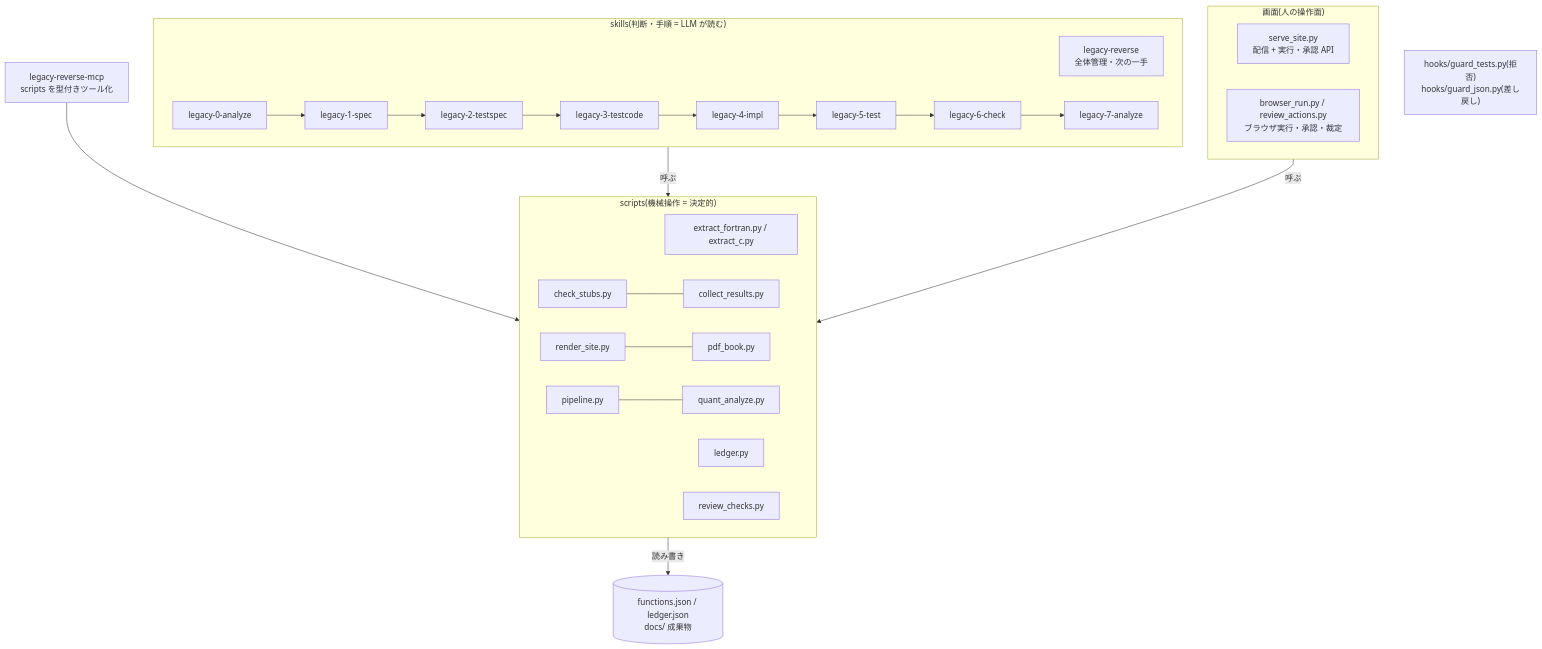
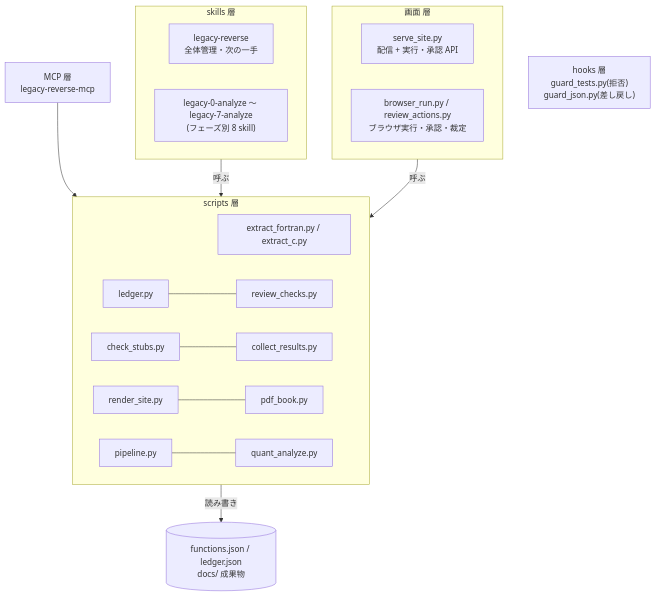
One commit to ctenopoma/skills changed the first of 2 diagrams in docs/legacy-reverse/architecture.qmd. Above: the diagram before and after it, drawn with Mermaid. The commit also changed other lines of this file and 24 other files, not shown here.

First line of the commit message:
docs: 設計・仕様書を合本1冊に。図表・コードに自動採番＋タイトルを付与

````diff
--- a/docs/legacy-reverse/architecture.qmd
+++ b/docs/legacy-reverse/architecture.qmd
@@ -11,26 +11,26 @@
 ```{mermaid}
+%%| label: fig-arch-layers
+%%| fig-cap: "skills / scripts / MCP / hooks / 画面の責務分担"
+
 flowchart TB
-  subgraph skills["skills(判断・手順 = LLM が読む)"]
+  subgraph skills["skills 層"]
     P["legacy-reverse<br>全体管理・次の一手"]
-    S0["legacy-0-analyze"] --> S1["legacy-1-spec"] --> S2["legacy-2-testspec"]
-    S2 --> S3["legacy-3-testcode"] --> S4["legacy-4-impl"] --> S5["legacy-5-test"]
-    S5 --> S6["legacy-6-check"] --> S7["legacy-7-analyze"]
+    S["legacy-0-analyze 〜 legacy-7-analyze<br>(フェーズ別 8 skill)"]
   end
-  subgraph scripts["scripts(機械操作 = 決定的)"]
+  subgraph ui["画面 層"]
+    SS["serve_site.py<br>配信 + 実行・承認 API"]
+    BR["browser_run.py / review_actions.py<br>ブラウザ実行・承認・裁定"]
+  end
+  subgraph scripts["scripts 層"]
     EX["extract_fortran.py / extract_c.py"]
-    LG["ledger.py"]
-    RV["review_checks.py"]
+    LG["ledger.py"] --- RV["review_checks.py"]
     CS["check_stubs.py"] --- CR["collect_results.py"]
     RS["render_site.py"] --- PB["pdf_book.py"]
     PL["pipeline.py"] --- QA["quant_analyze.py"]
   end
-  subgraph ui["画面(人の操作面)"]
-    SS["serve_site.py<br>配信 + 実行・承認 API"]
-    BR["browser_run.py / review_actions.py<br>ブラウザ実行・承認・裁定"]
-  end
-  MCP["legacy-reverse-mcp<br>scripts を型付きツール化"] --> scripts
-  HK["hooks/guard_tests.py(拒否)<br>hooks/guard_json.py(差し戻し)"]
+  MCP["MCP 層<br>legacy-reverse-mcp"] --> scripts
+  HK["hooks 層<br>guard_tests.py(拒否)<br>guard_json.py(差し戻し)"]
   skills -->|呼ぶ| scripts
   ui -->|呼ぶ| scripts
   scripts -->|読み書き| DATA[("functions.json / ledger.json<br>docs/ 成果物")]
 ```
````
